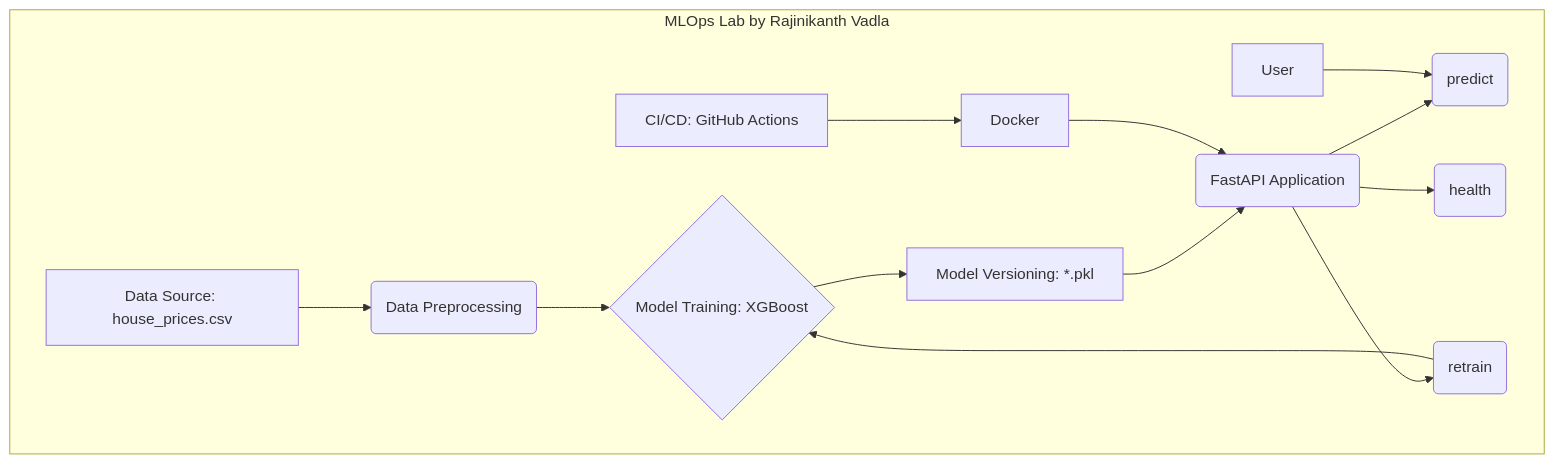
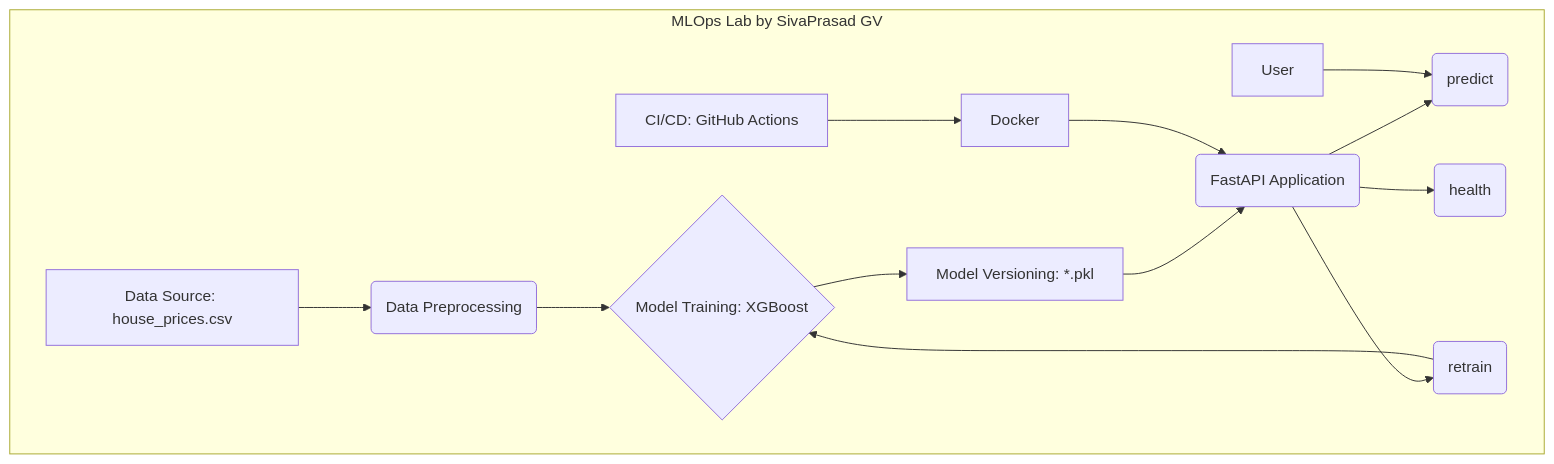
The diagram in README.md (MLops-devops-04-26/FastAPI_For_MLOps), drawn with Mermaid before and after one commit. The commit also changed 10 other files, not shown here.

````diff
--- a/README.md
+++ b/README.md
@@ -9,28 +9,28 @@
 ```mermaid
 graph TD;
-    subgraph "MLOps Lab by Rajinikanth Vadla"
+    subgraph "MLOps Lab by SivaPrasad GV"
         A[Data Source: house_prices.csv]
         B(Data Preprocessing)
         C{Model Training: XGBoost}
         D[Model Versioning: *.pkl]
         E(FastAPI Application)
         F(predict)
         G(health)
         H(retrain)
         I[Docker]
         J[CI/CD: GitHub Actions]
         K[User]
     end
 
     A --> B;
     B --> C;
     C --> D;
     D --> E;
     E --> F;
     E --> G;
     E --> H;
     I --> E;
     J --> I;
     K --> F;
     H --> C;
 ```
````
